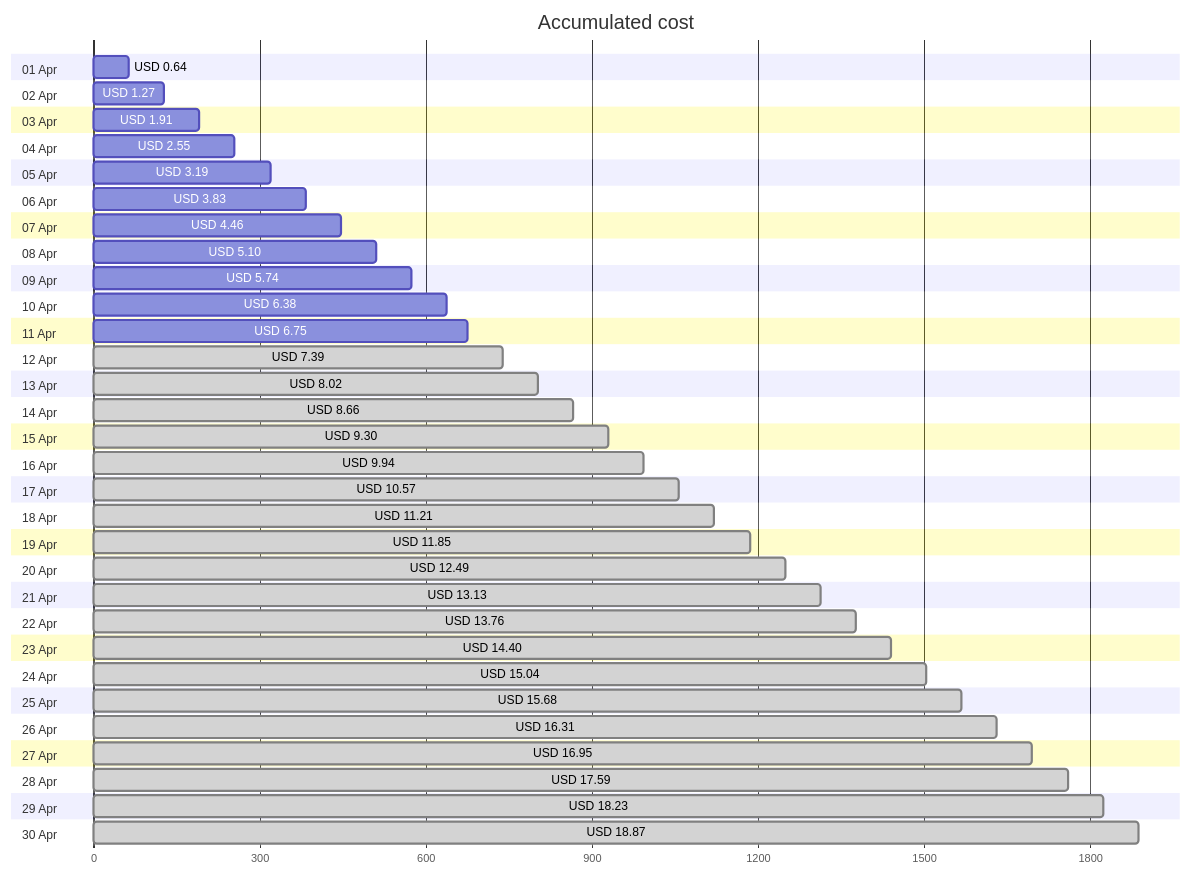
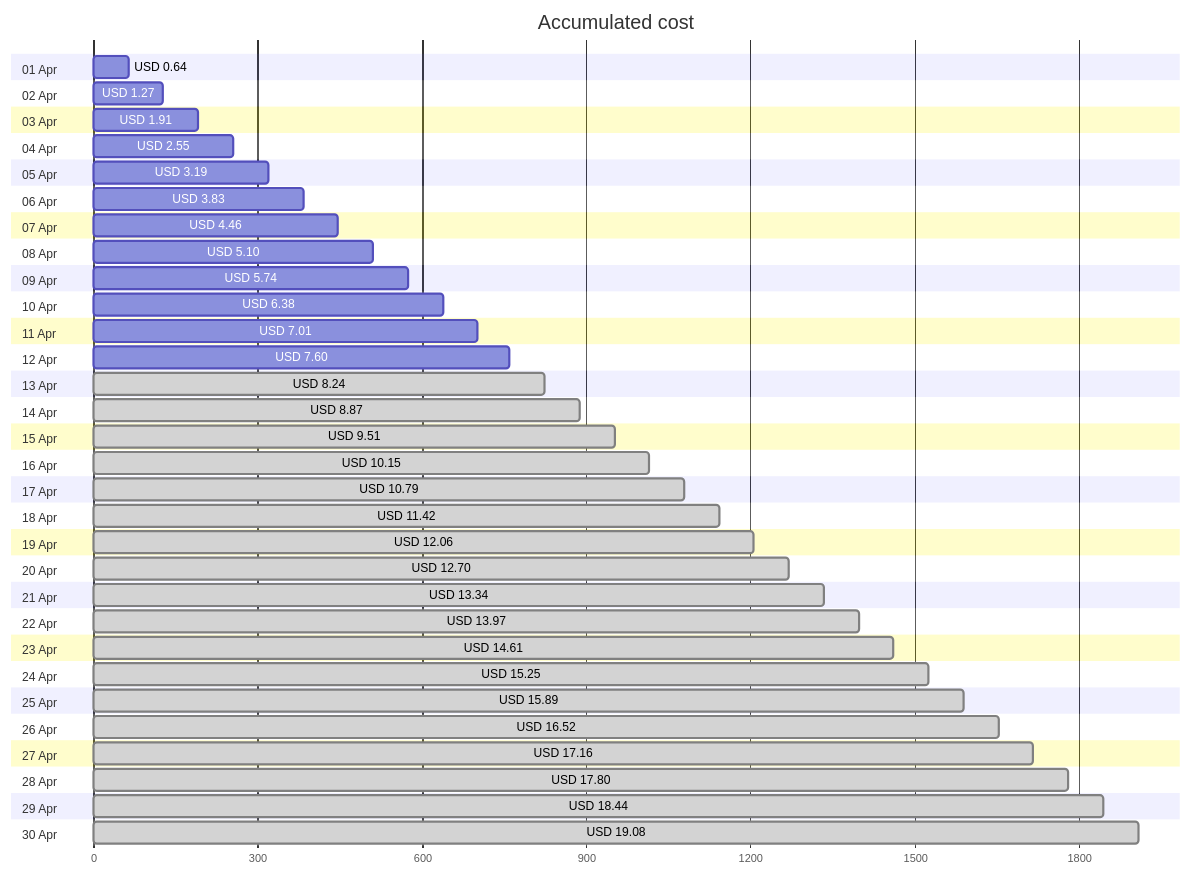
The first of 4 diagrams in cost-reports/accumulated-cost.md (jpfulton/azure-personal-reports), drawn with Mermaid before and after one commit. The commit also changed other lines of this file and 4 other files, not shown here.

````diff
--- a/cost-reports/accumulated-cost.md
+++ b/cost-reports/accumulated-cost.md
@@ -20,66 +20,66 @@
 ```mermaid
 gantt
    title Accumulated cost
    dateFormat  X
    axisFormat %s
    section 01 Apr
    USD 0.64 :0, 64
    section 02 Apr
    USD 1.27 :0, 127
    section 03 Apr
    USD 1.91 :0, 191
    section 04 Apr
    USD 2.55 :0, 255
    section 05 Apr
    USD 3.19 :0, 319
    section 06 Apr
    USD 3.83 :0, 383
    section 07 Apr
    USD 4.46 :0, 446
    section 08 Apr
    USD 5.10 :0, 510
    section 09 Apr
    USD 5.74 :0, 574
    section 10 Apr
    USD 6.38 :0, 638
    section 11 Apr
-   USD 6.75 :0, 675
+   USD 7.01 :0, 701
    section 12 Apr
-   USD 7.39 : done, 0, 739
+   USD 7.60 :0, 760
    section 13 Apr
-   USD 8.02 : done, 0, 802
+   USD 8.24 : done, 0, 824
    section 14 Apr
-   USD 8.66 : done, 0, 866
+   USD 8.87 : done, 0, 887
    section 15 Apr
-   USD 9.30 : done, 0, 930
+   USD 9.51 : done, 0, 951
    section 16 Apr
-   USD 9.94 : done, 0, 994
+   USD 10.15 : done, 0, 1015
    section 17 Apr
-   USD 10.57 : done, 0, 1057
+   USD 10.79 : done, 0, 1079
    section 18 Apr
-   USD 11.21 : done, 0, 1121
+   USD 11.42 : done, 0, 1142
    section 19 Apr
-   USD 11.85 : done, 0, 1185
+   USD 12.06 : done, 0, 1206
    section 20 Apr
-   USD 12.49 : done, 0, 1249
+   USD 12.70 : done, 0, 1270
    section 21 Apr
-   USD 13.13 : done, 0, 1313
+   USD 13.34 : done, 0, 1334
    section 22 Apr
-   USD 13.76 : done, 0, 1376
+   USD 13.97 : done, 0, 1397
    section 23 Apr
-   USD 14.40 : done, 0, 1440
+   USD 14.61 : done, 0, 1461
    section 24 Apr
-   USD 15.04 : done, 0, 1504
+   USD 15.25 : done, 0, 1525
    section 25 Apr
-   USD 15.68 : done, 0, 1568
+   USD 15.89 : done, 0, 1589
    section 26 Apr
-   USD 16.31 : done, 0, 1631
+   USD 16.52 : done, 0, 1652
    section 27 Apr
-   USD 16.95 : done, 0, 1695
+   USD 17.16 : done, 0, 1716
    section 28 Apr
-   USD 17.59 : done, 0, 1759
+   USD 17.80 : done, 0, 1780
    section 29 Apr
-   USD 18.23 : done, 0, 1823
+   USD 18.44 : done, 0, 1844
    section 30 Apr
-   USD 18.87 : done, 0, 1887
+   USD 19.08 : done, 0, 1908
 ```
````
